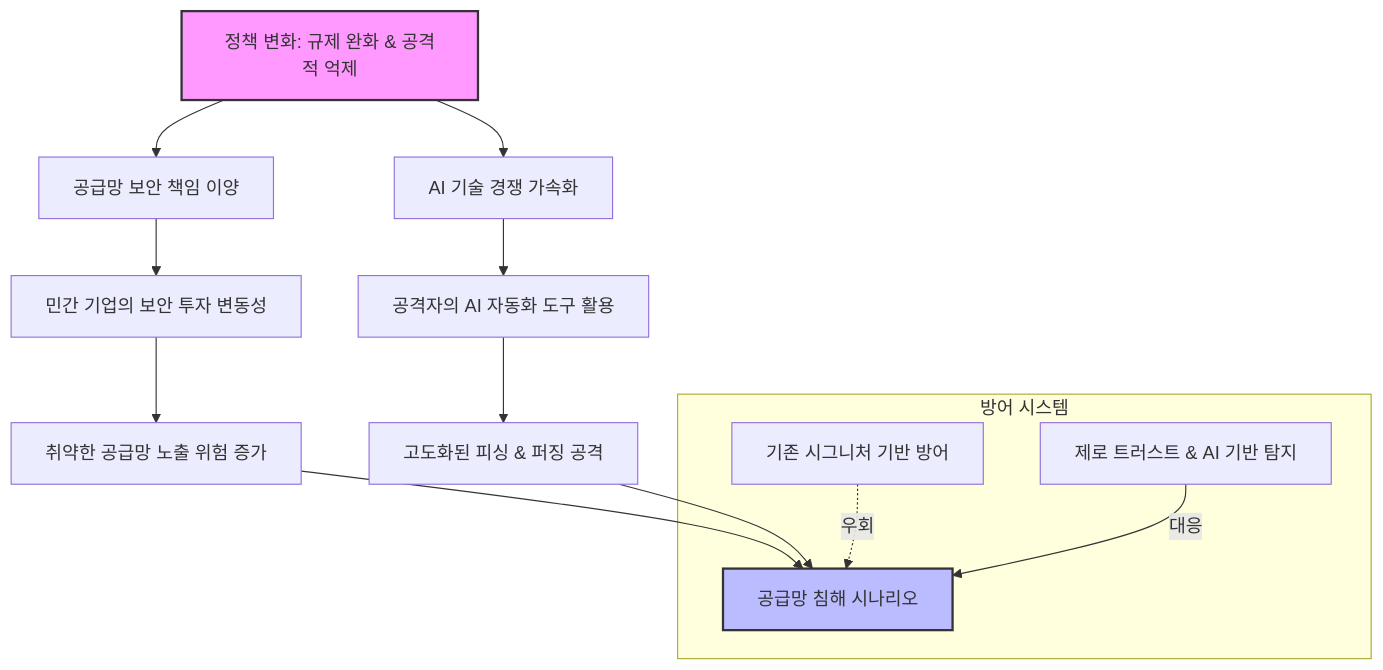
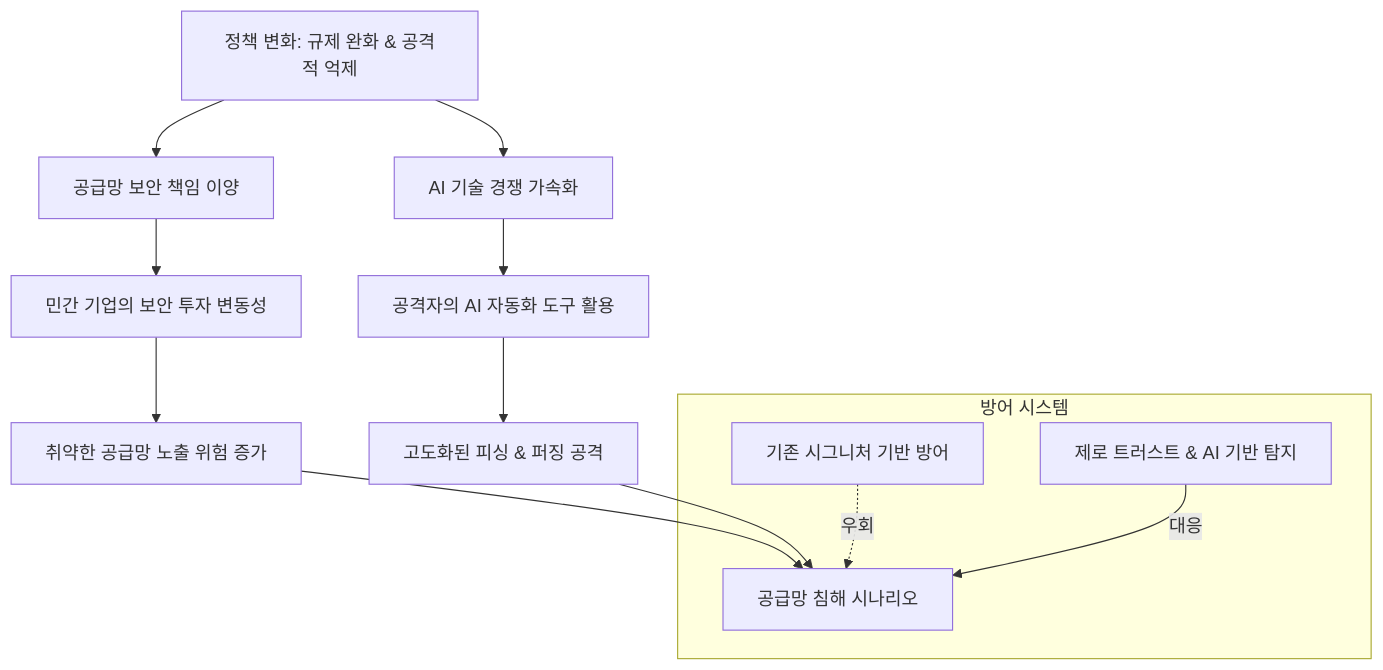
One commit to rebugui/rebugui.github.io changed the diagram in content/post/보안/신정부-보안-아젠다와-기술적-함의/index.md. Above: the diagram before and after it, drawn with Mermaid. The commit also changed 14 other files, not shown here.

First line of the commit message:
fix: 최근 3일간 블로그 Mermaid 다이어그램 스타일 제거

````diff
--- a/content/post/보안/신정부-보안-아젠다와-기술적-함의/index.md
+++ b/content/post/보안/신정부-보안-아젠다와-기술적-함의/index.md
@@ -33,22 +33,20 @@
 ```mermaid
 graph TD
     A[정책 변화: 규제 완화 & 공격적 억제] --> B[공급망 보안 책임 이양]
     A --> C[AI 기술 경쟁 가속화]
 
     B --> D[민간 기업의 보안 투자 변동성]
     D --> E[취약한 공급망 노출 위험 증가]
 
     C --> F[공격자의 AI 자동화 도구 활용]
     F --> G[고도화된 피싱 & 퍼징 공격]
 
     E --> H[공급망 침해 시나리오]
     G --> H
 
     subgraph 방어 시스템
     I[기존 시그니처 기반 방어] -.->|우회| H
     J[제로 트러스트 & AI 기반 탐지] -->|대응| H
     end
 
-    style A fill:#f9f,stroke:#333,stroke-width:2px
-    style H fill:#bbf,stroke:#333,stroke-width:2px
 ```
````
